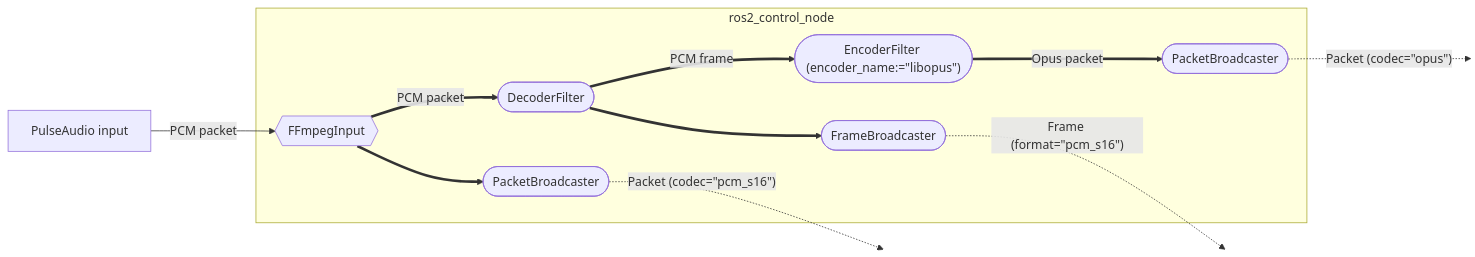
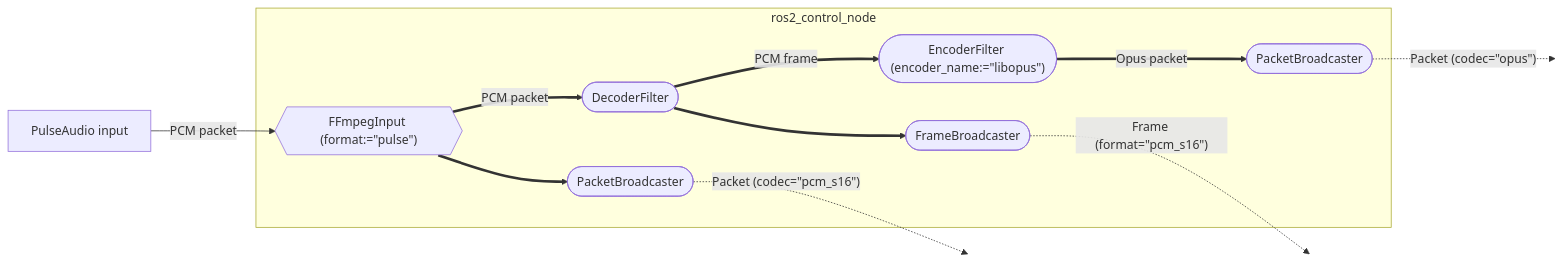
Before and after one commit to yoshito-n-students/ffmpeg_pipeline: the second of 3 diagrams in README.md, drawn with Mermaid. The commit also changed other lines of this file, not shown here.

Commit message:
add input/output format in flowcharts

````diff
--- a/README.md
+++ b/README.md
@@ -138,15 +138,15 @@
 ```mermaid
 flowchart LR
-   A@{ shape: rect, label: "PulseAudio input" } -- "PCM packet" --> B@{ shape: hex, label: "FFmpegInput" }
+   A@{ shape: rect, label: "PulseAudio input" } -- "PCM packet" --> B@{ shape: hex, label: "FFmpegInput (format:=#quot;pulse#quot;)" }
    subgraph ros2_control_node
    B == "PCM packet" ==> C@{ shape: stadium, label: "DecoderFilter" }
    B ==> C2@{ shape: stadium, label: "PacketBroadcaster" }
    C == "PCM frame" ==> D@{ shape: stadium, label: "EncoderFilter (encoder_name:=#quot;libopus#quot;)" }
    C ==> D2@{ shape: stadium, label: "FrameBroadcaster" }
    D == "Opus packet" ==> E@{ shape: stadium, label: "PacketBroadcaster" }
    end
    C2 -. "Packet (codec=#quot;pcm_s16#quot;)" .-> F:::hidden
    D2 -. "Frame (format=#quot;pcm_s16#quot;)" .-> G:::hidden
    E -. "Packet (codec=#quot;opus#quot;)" .-> H:::hidden
    classDef hidden display: none;
 ```
````
